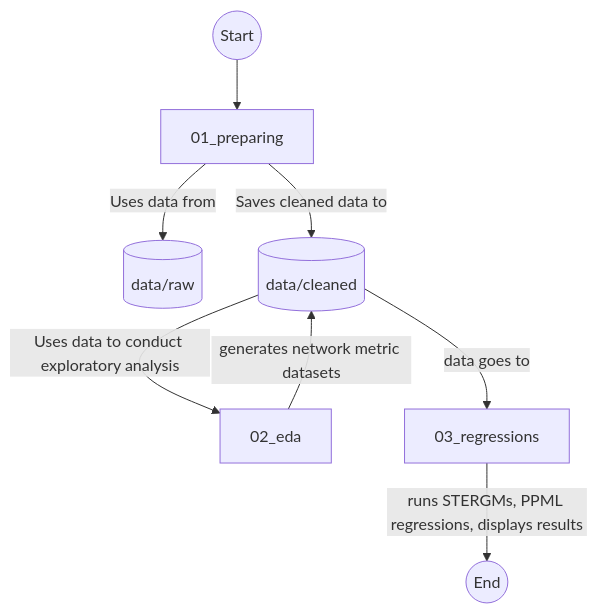
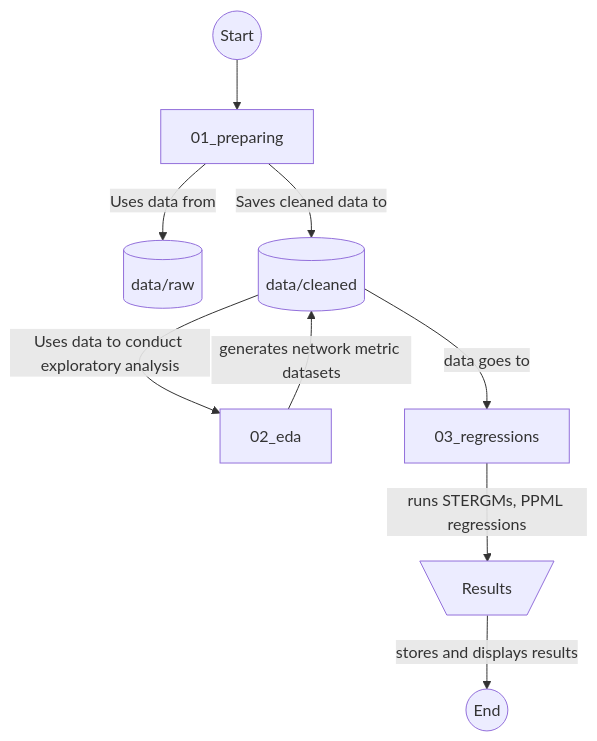
One commit to TAD600/Global_Cultural_Trade_Network changed the diagram in README.md. Above: the diagram before and after it, drawn with Mermaid.

````diff
--- a/README.md
+++ b/README.md
@@ -4,10 +4,11 @@
 ```mermaid
 flowchart TD
     A((Start)) --> B[01_preparing]
     B -->|Uses data from| C[(data/raw)]
     B -->|Saves cleaned data to| D[(data/cleaned)]
     D --> |Uses data to conduct exploratory analysis|E[02_eda]
     E -->|generates network metric datasets| D
     D --> |data goes to|F[03_regressions]
-    F -->|runs STERGMs, PPML regressions, displays results|H((End))
+    F -->|runs STERGMs, PPML regressions|H[\Results/]
+    H -->|stores and displays results|I((End))
 ```
````
